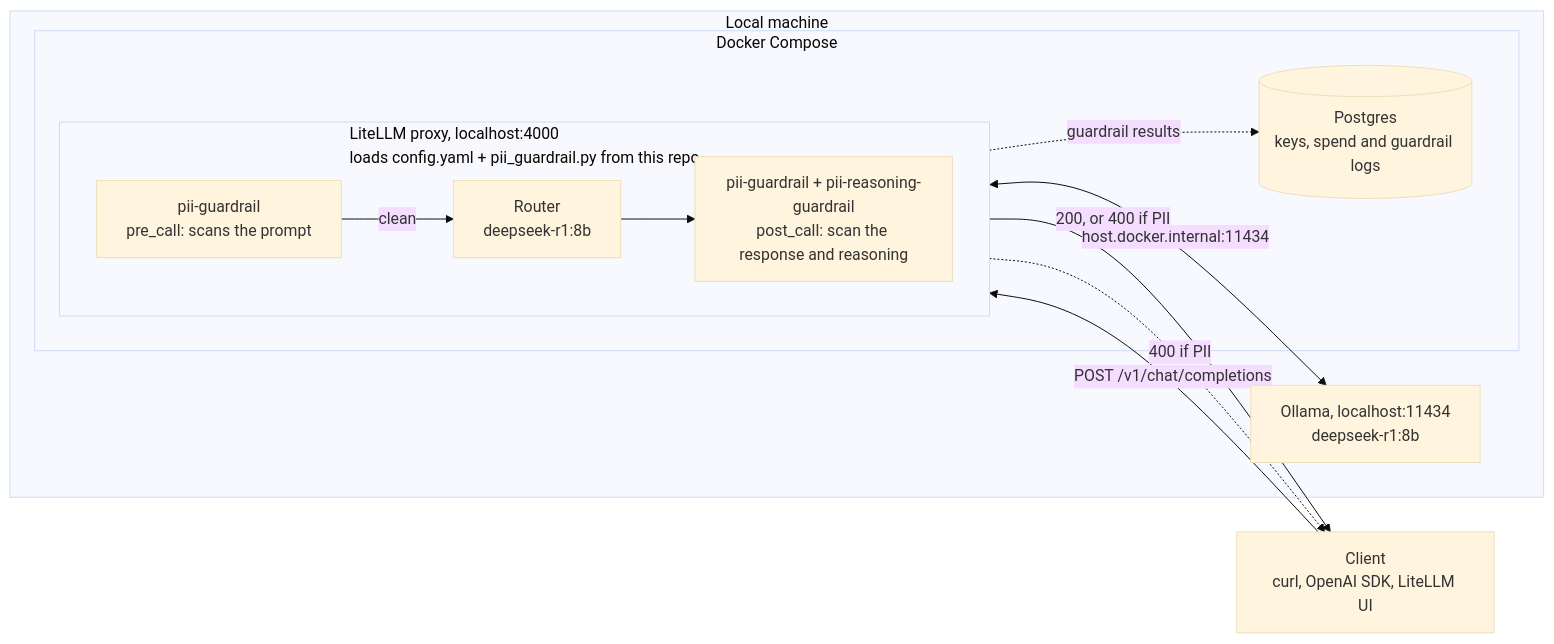
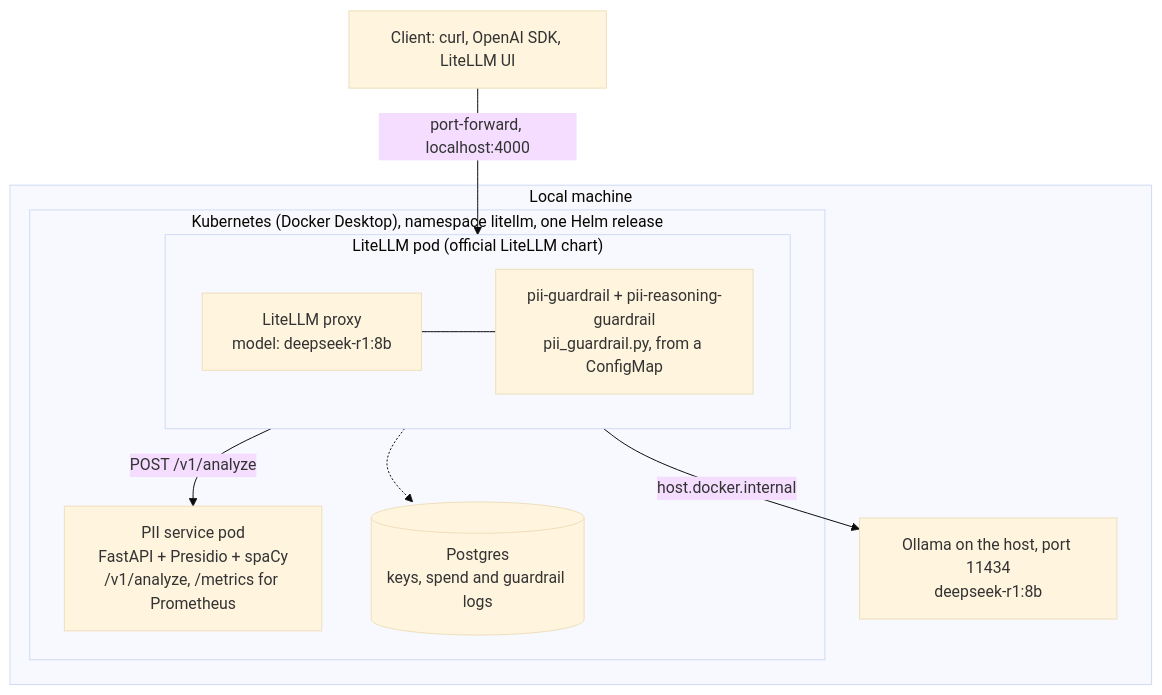
One commit to mshnjffr/litellm-guardrail changed the first of 2 diagrams in docs/implementation.md. Above: the diagram before and after it, drawn with Mermaid (base theme). The commit also changed other lines of this file and 25 other files, not shown here.

First line of the commit message:
Replace the regex detector with a Presidio PII service on Kubernetes

````diff
--- a/docs/implementation.md
+++ b/docs/implementation.md
@@ -12,25 +24,24 @@
 ```mermaid
-flowchart LR
-    client["Client<br/>curl, OpenAI SDK, LiteLLM UI"]
+flowchart TB
+    client["Client: curl, OpenAI SDK, LiteLLM UI"]
 
     subgraph machine["Local machine"]
-        subgraph compose["Docker Compose"]
-            subgraph proxy["LiteLLM proxy, localhost:4000<br/>loads config.yaml + pii_guardrail.py from this repo"]
+        subgraph k8s["Kubernetes (Docker Desktop), namespace litellm, one Helm release"]
+            subgraph proxy["LiteLLM pod (official LiteLLM chart)"]
                 direction LR
-                pre["pii-guardrail<br/>pre_call: scans the prompt"]
-                router["Router<br/>deepseek-r1:8b"]
-                post["pii-guardrail + pii-reasoning-guardrail<br/>post_call: scan the response and reasoning"]
-                pre -- clean --> router
-                router --> post
+                router["LiteLLM proxy<br/>model: deepseek-r1:8b"]
+                guardrail["pii-guardrail + pii-reasoning-guardrail<br/>pii_guardrail.py, from a ConfigMap"]
+                router --- guardrail
             end
+            pii["PII service pod<br/>FastAPI + Presidio + spaCy<br/>/v1/analyze, /metrics for Prometheus"]
             db[("Postgres<br/>keys, spend and guardrail logs")]
         end
-        ollama["Ollama, localhost:11434<br/>deepseek-r1:8b"]
+        ollama["Ollama on the host, port 11434<br/>deepseek-r1:8b"]
     end
 
-    client -- "POST /v1/chat/completions" --> pre
-    router <-- "host.docker.internal:11434" --> ollama
-    post -- "200, or 400 if PII" --> client
-    pre -. "400 if PII" .-> client
-    proxy -. "guardrail results" .-> db
+    client -- "port-forward, localhost:4000" --> router
+    router -- "host.docker.internal" --> ollama
+    guardrail -- "POST /v1/analyze" --> pii
+    router -.-> db
+    guardrail ~~~ db
 ```
````
